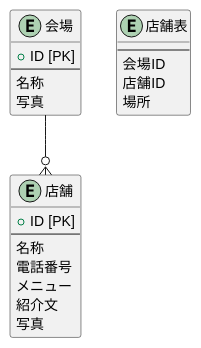
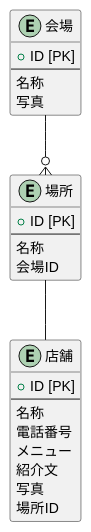
One commit to zakzakst/object-oriented-practice changed the seventh of 7 diagrams in 03_event-shop-app/3_実装用の図.md. Above: the diagram before and after it, drawn with PlantUML. The commit also changed other lines of this file and 2 other files, not shown here.

````diff
--- a/03_event-shop-app/3_実装用の図.md
+++ b/03_event-shop-app/3_実装用の図.md
@@ -199,26 +207,28 @@
 ```puml
 @startuml
 entity 会場 {
   + ID [PK]
   ---
   名称
   写真
+}
+entity 場所 {
+  + ID [PK]
+  ---
+  名称
+  会場ID
 }
 entity 店舗 {
   + ID [PK]
   ---
   名称
   電話番号
   メニュー
   紹介文
   写真
+  場所ID
 }
-entity 店舗表 {
-  ---
-  会場ID
-  店舗ID
-  場所
-}
-会場 --o{ 店舗
+会場 --o{ 場所
+場所 -- 店舗
 @enduml
 ```
````
